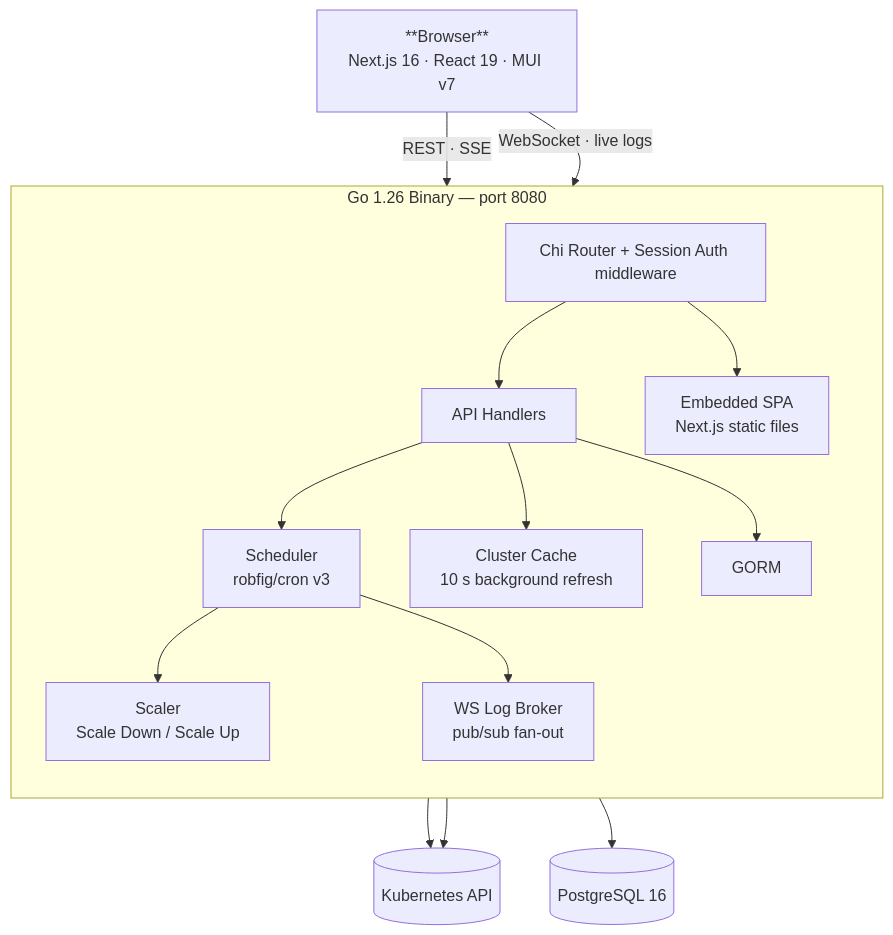
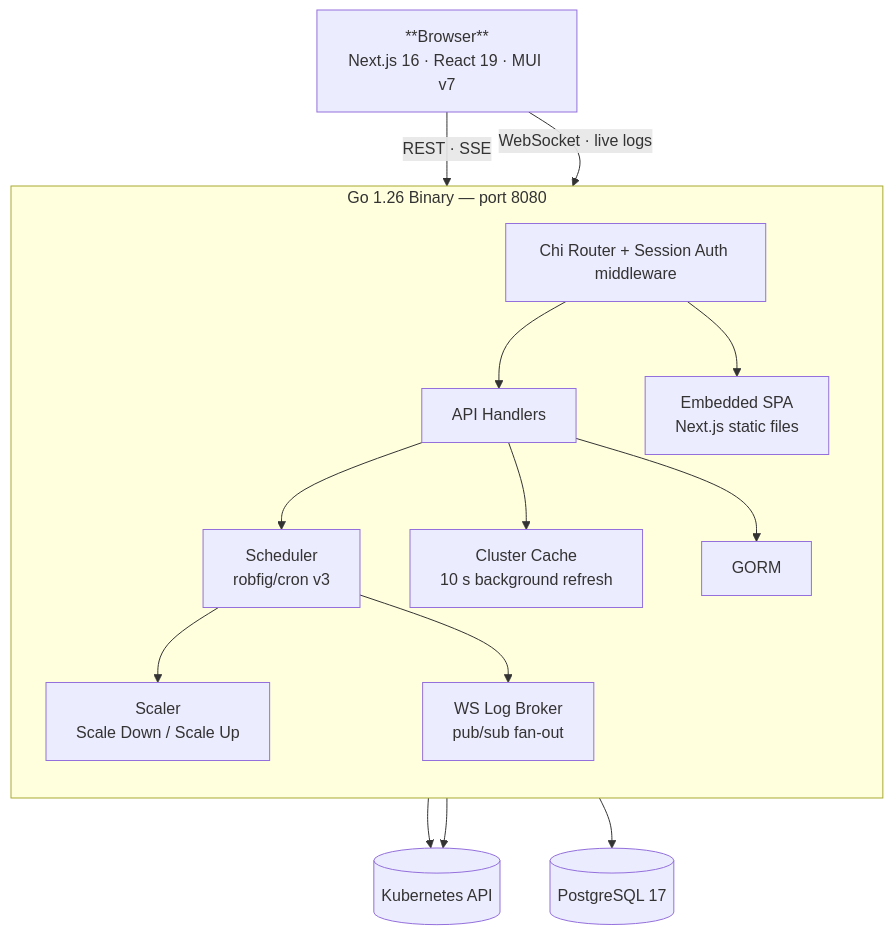
Before and after one commit to MacXsimilian/kube-phoenix: the diagram in README.md, drawn with Mermaid. The commit also changed other lines of this file and 4 other files, not shown here.

Commit message:
feat(db): upgrade PostgreSQL from 16 to 17.7

````diff
--- a/README.md
+++ b/README.md
@@ -109,32 +109,32 @@
 ```mermaid
 flowchart TB
     Browser["**Browser**<br/>Next.js 16 · React 19 · MUI v7"]
 
     subgraph Binary["Go 1.26 Binary — port 8080"]
         direction TB
         Router["Chi Router + Session Auth middleware"]
         Handlers["API Handlers"]
         Scheduler["Scheduler<br/>robfig/cron v3"]
         Scaler["Scaler<br/>Scale Down / Scale Up"]
         Cache["Cluster Cache<br/>10 s background refresh"]
         Broker["WS Log Broker<br/>pub/sub fan-out"]
         GORM["GORM"]
         SPA["Embedded SPA<br/>Next.js static files"]
     end
 
     K8s[("Kubernetes API")]
-    PG[("PostgreSQL 16")]
+    PG[("PostgreSQL 17")]
 
     Browser -- "REST · SSE" --> Router
     Browser -- "WebSocket · live logs" --> Router
     Router --> Handlers
     Router --> SPA
     Handlers --> Scheduler
     Handlers --> Cache
     Handlers --> GORM
     Scheduler --> Scaler
     Scheduler --> Broker
     Scaler --> K8s
     Cache --> K8s
     GORM --> PG
 ```
````
